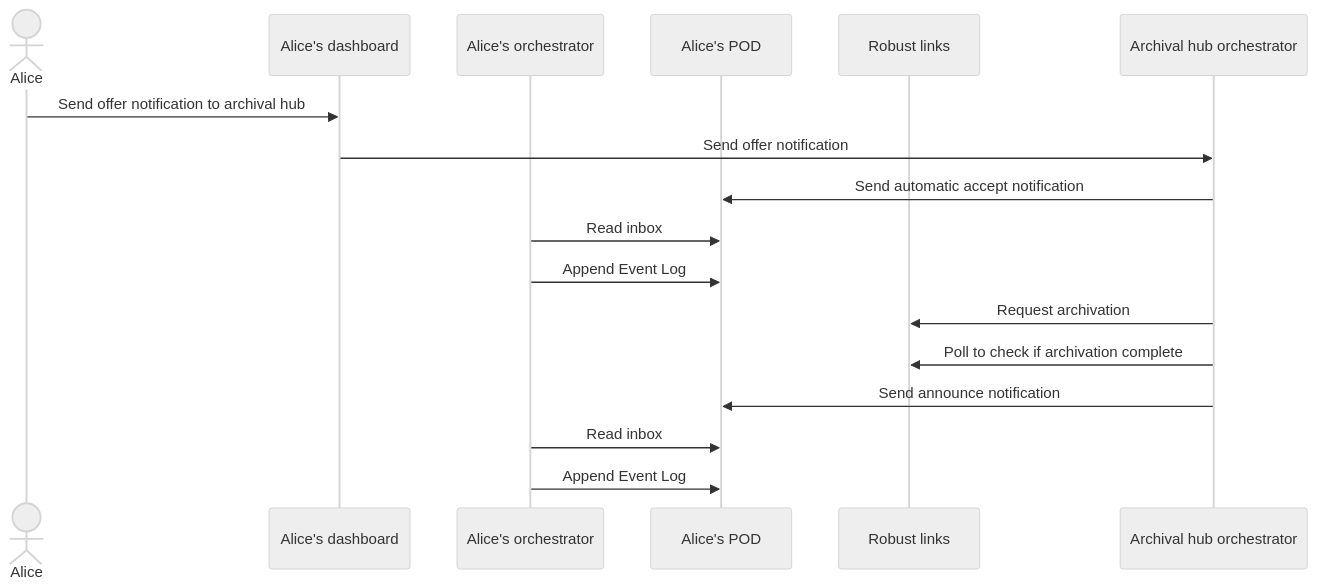
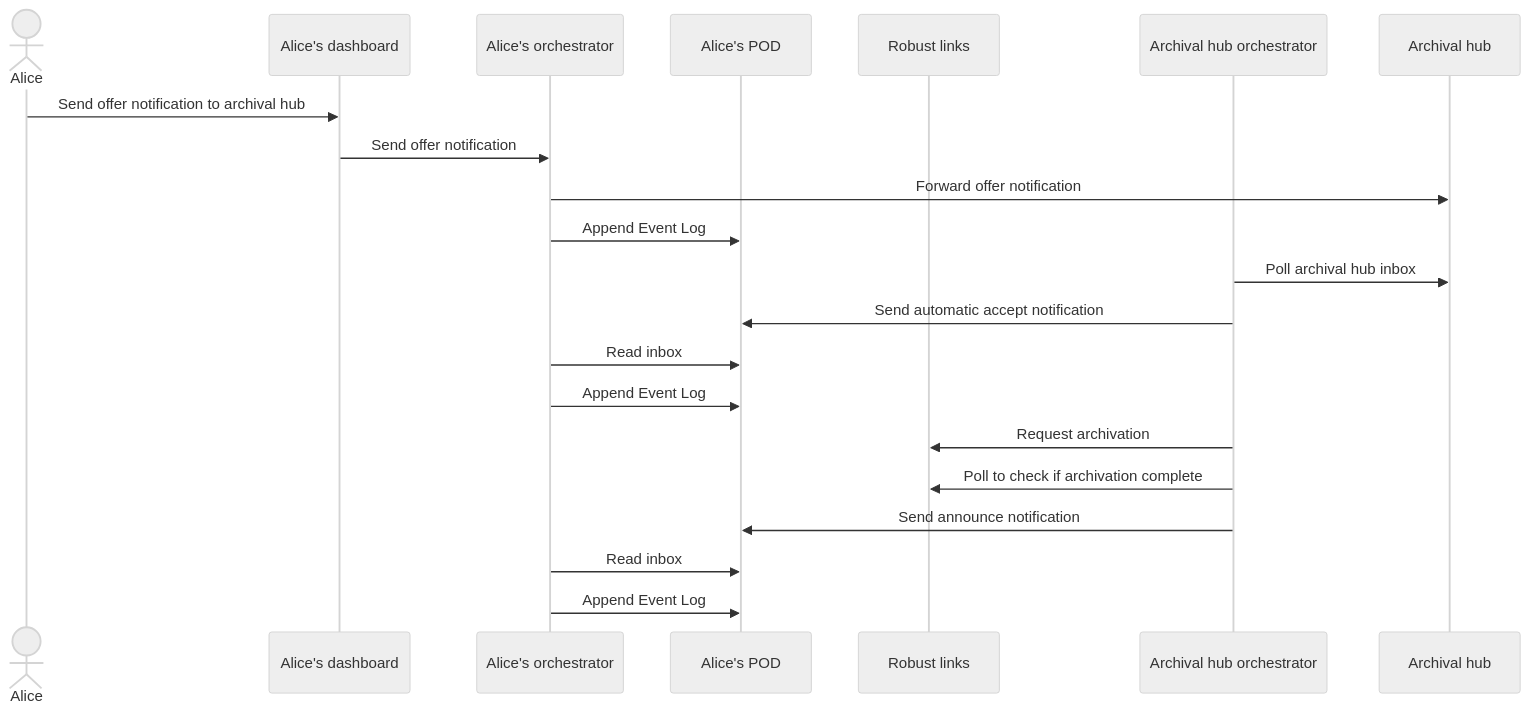
One commit to CRISalid-esr/spec-usecases changed the diagram in diagrams/archival-hub-accepts-services.md. Above: the diagram before and after it, drawn with Mermaid (neutral theme). The commit also changed 12 other files, not shown here.

Commit message:
Adding Pieter Heyvaert's Mermaid diagrams

````diff
--- a/diagrams/archival-hub-accepts-services.md
+++ b/diagrams/archival-hub-accepts-services.md
@@ -1,20 +1,24 @@
 ```mermaid
 sequenceDiagram
     actor alice as Alice
     participant dashboard as Alice's dashboard
     participant orch as Alice's orchestrator
     participant pod as Alice's POD
     participant robust as Robust links
     participant orchArc as Archival hub orchestrator
+    participant arc as Archival hub
 
     alice->>dashboard: Send offer notification to archival hub
-    dashboard->>orchArc: Send offer notification
+    dashboard->>orch: Send offer notification
+    orch->>arc: Forward offer notification
+    orch->>pod: Append Event Log
+    orchArc->>arc: Poll archival hub inbox
     orchArc->>pod: Send automatic accept notification
     orch->>pod: Read inbox
     orch->>pod: Append Event Log
     orchArc->>robust: Request archivation
     orchArc->>robust: Poll to check if archivation complete
     orchArc->>pod: Send announce notification
     orch->>pod: Read inbox
-    orch->>pod: Append Event Log   
+    orch->>pod: Append Event Log  
 ```
````
